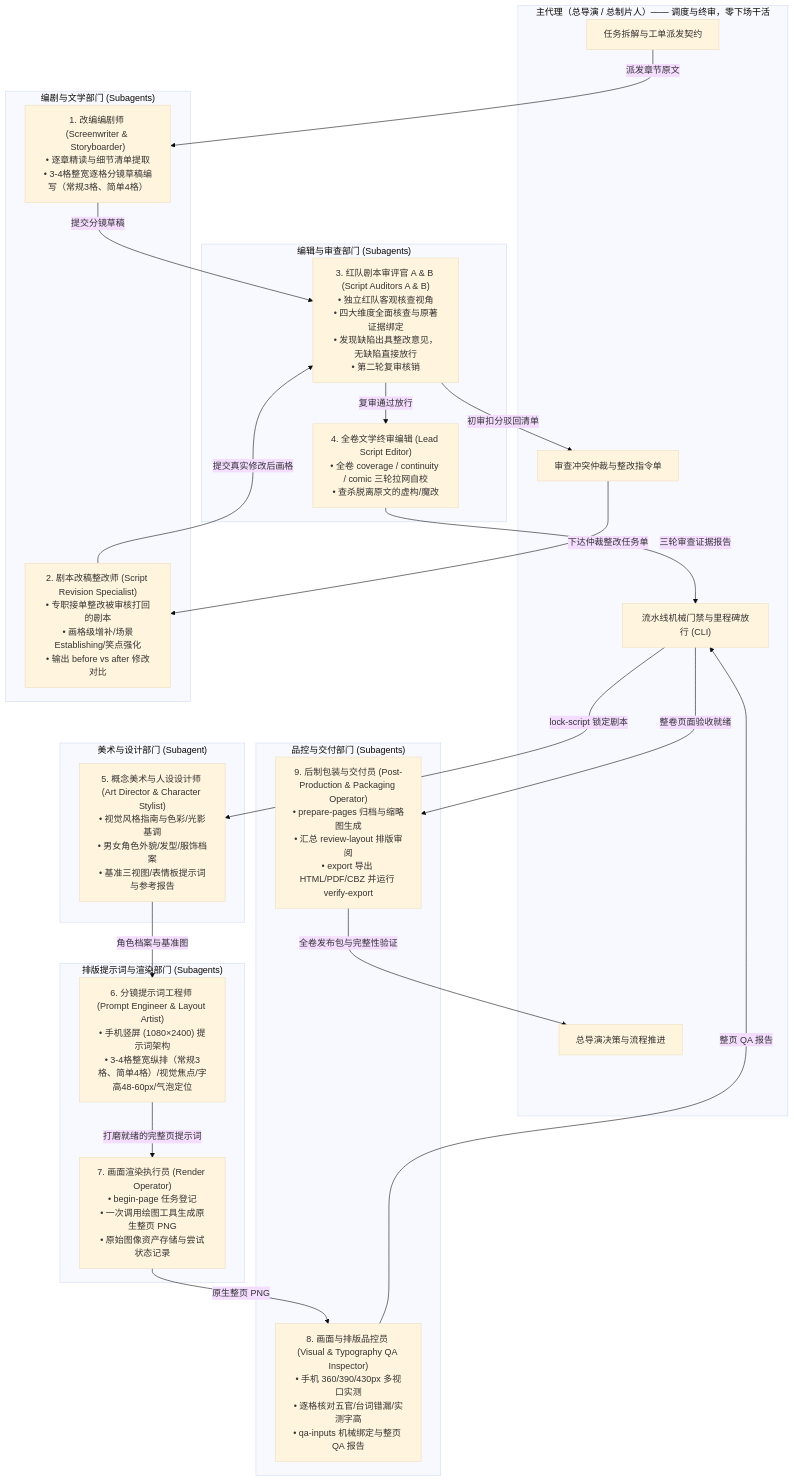
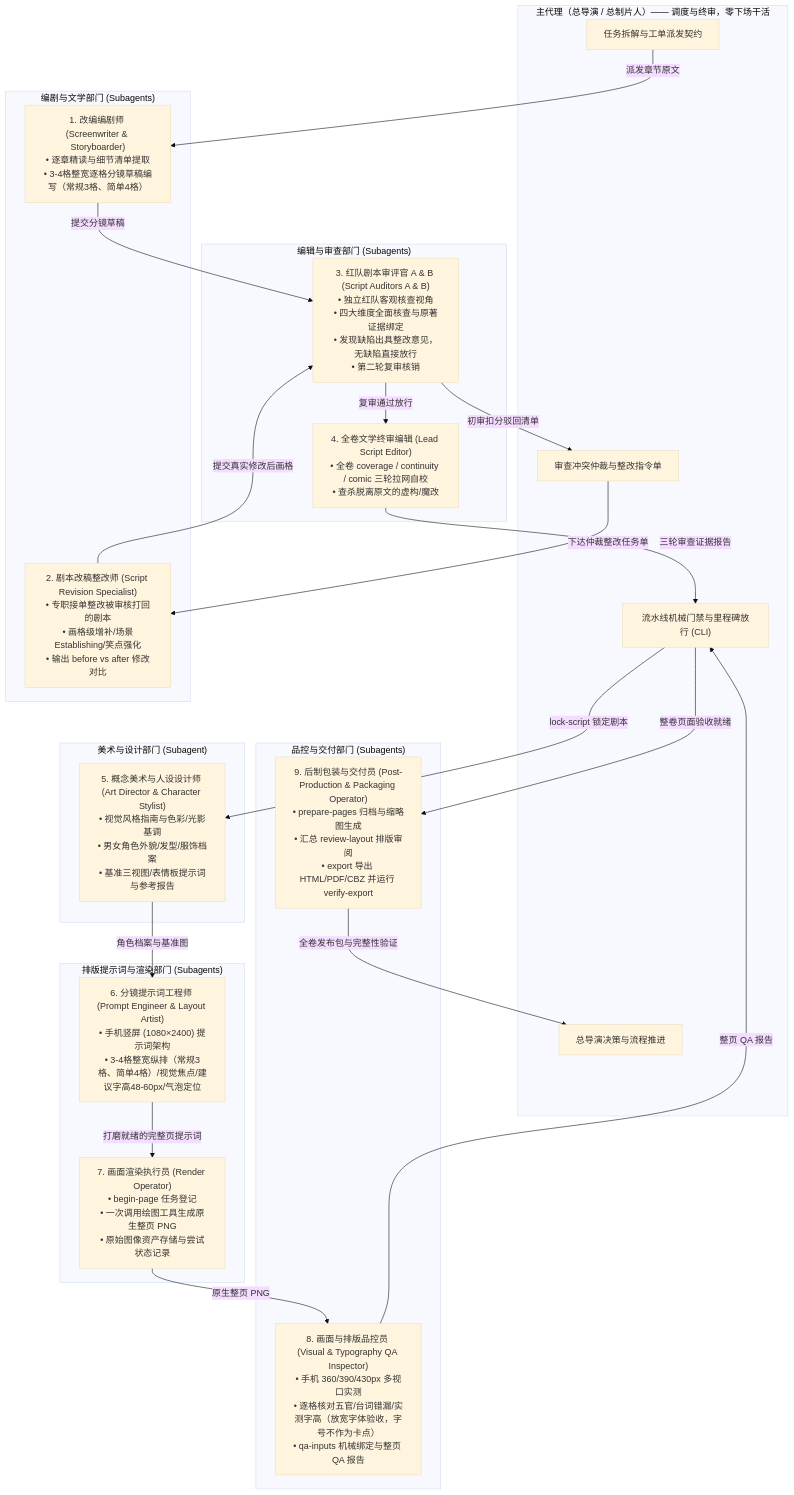
The diagram in references/parallel-work.md (aiskyhub/novel_to_comic), drawn with Mermaid (base theme) before and after one commit. The commit also changed other lines of this file and 16 other files, not shown here.

````diff
--- a/references/parallel-work.md
+++ b/references/parallel-work.md
@@ -31,48 +31,48 @@
 ```mermaid
 flowchart TD
     subgraph LeadAgent["主代理（总导演 / 总制片人）—— 调度与终审，零下场干活"]
         Director["总导演决策与流程推进"]
         Scheduler["任务拆解与工单派发契约"]
         Arbiter["审查冲突仲裁与整改指令单"]
         Gatekeeper["流水线机械门禁与里程碑放行 (CLI)"]
     end
 
     subgraph ScriptDept["编剧与文学部门 (Subagents)"]
         Writer["1. 改编编剧师 (Screenwriter & Storyboarder)<br/>• 逐章精读与细节清单提取<br/>• 3-4格整宽逐格分镜草稿编写（常规3格、简单4格）"]
         Reviser["2. 剧本改稿整改师 (Script Revision Specialist)<br/>• 专职接单整改被审核打回的剧本<br/>• 画格级增补/场景Establishing/笑点强化<br/>• 输出 before vs after 修改对比"]
     end
 
     subgraph EditorialDept["编辑与审查部门 (Subagents)"]
         AuditorAB["3. 红队剧本审评官 A & B (Script Auditors A & B)<br/>• 独立红队客观核查视角<br/>• 四大维度全面核查与原著证据绑定<br/>• 发现缺陷出具整改意见，无缺陷直接放行<br/>• 第二轮复审核销"]
         ChiefEditor["4. 全卷文学终审编辑 (Lead Script Editor)<br/>• 全卷 coverage / continuity / comic 三轮拉网自校<br/>• 查杀脱离原文的虚构/魔改"]
     end
 
     subgraph ArtDept["美术与设计部门 (Subagent)"]
         ArtDir["5. 概念美术与人设设计师 (Art Director & Character Stylist)<br/>• 视觉风格指南与色彩/光影基调<br/>• 男女角色外貌/发型/服饰档案<br/>• 基准三视图/表情板提示词与参考报告"]
     end
 
     subgraph ProductionDept["排版提示词与渲染部门 (Subagents)"]
-        PromptEng["6. 分镜提示词工程师 (Prompt Engineer & Layout Artist)<br/>• 手机竖屏 (1080×2400) 提示词架构<br/>• 3-4格整宽纵排（常规3格、简单4格）/视觉焦点/字高48-60px/气泡定位"]
+        PromptEng["6. 分镜提示词工程师 (Prompt Engineer & Layout Artist)<br/>• 手机竖屏 (1080×2400) 提示词架构<br/>• 3-4格整宽纵排（常规3格、简单4格）/视觉焦点/建议字高48-60px/气泡定位"]
         Renderer["7. 画面渲染执行员 (Render Operator)<br/>• begin-page 任务登记<br/>• 一次调用绘图工具生成原生整页 PNG<br/>• 原始图像资产存储与尝试状态记录"]
     end
 
     subgraph QADept["品控与交付部门 (Subagents)"]
-        Inspector["8. 画面与排版品控员 (Visual & Typography QA Inspector)<br/>• 手机 360/390/430px 多视口实测<br/>• 逐格核对五官/台词错漏/实测字高<br/>• qa-inputs 机械绑定与整页 QA 报告"]
+        Inspector["8. 画面与排版品控员 (Visual & Typography QA Inspector)<br/>• 手机 360/390/430px 多视口实测<br/>• 逐格核对五官/台词错漏/实测字高（放宽字体验收，字号不作为卡点）<br/>• qa-inputs 机械绑定与整页 QA 报告"]
         Packager["9. 后制包装与交付员 (Post-Production & Packaging Operator)<br/>• prepare-pages 归档与缩略图生成<br/>• 汇总 review-layout 排版审阅<br/>• export 导出 HTML/PDF/CBZ 并运行 verify-export"]
     end
 
     Scheduler -->|派发章节原文| Writer
     Writer -->|提交分镜草稿| AuditorAB
     AuditorAB -->|初审扣分驳回清单| Arbiter
     Arbiter -->|下达仲裁整改任务单| Reviser
     Reviser -->|提交真实修改后画格| AuditorAB
     AuditorAB -->|复审通过放行| ChiefEditor
     ChiefEditor -->|三轮审查证据报告| Gatekeeper
     Gatekeeper -->|lock-script 锁定剧本| ArtDir
     ArtDir -->|角色档案与基准图| PromptEng
     PromptEng -->|打磨就绪的完整页提示词| Renderer
     Renderer -->|原生整页 PNG| Inspector
     Inspector -->|整页 QA 报告| Gatekeeper
     Gatekeeper -->|整卷页面验收就绪| Packager
     Packager -->|全卷发布包与完整性验证| Director
 ```
````
